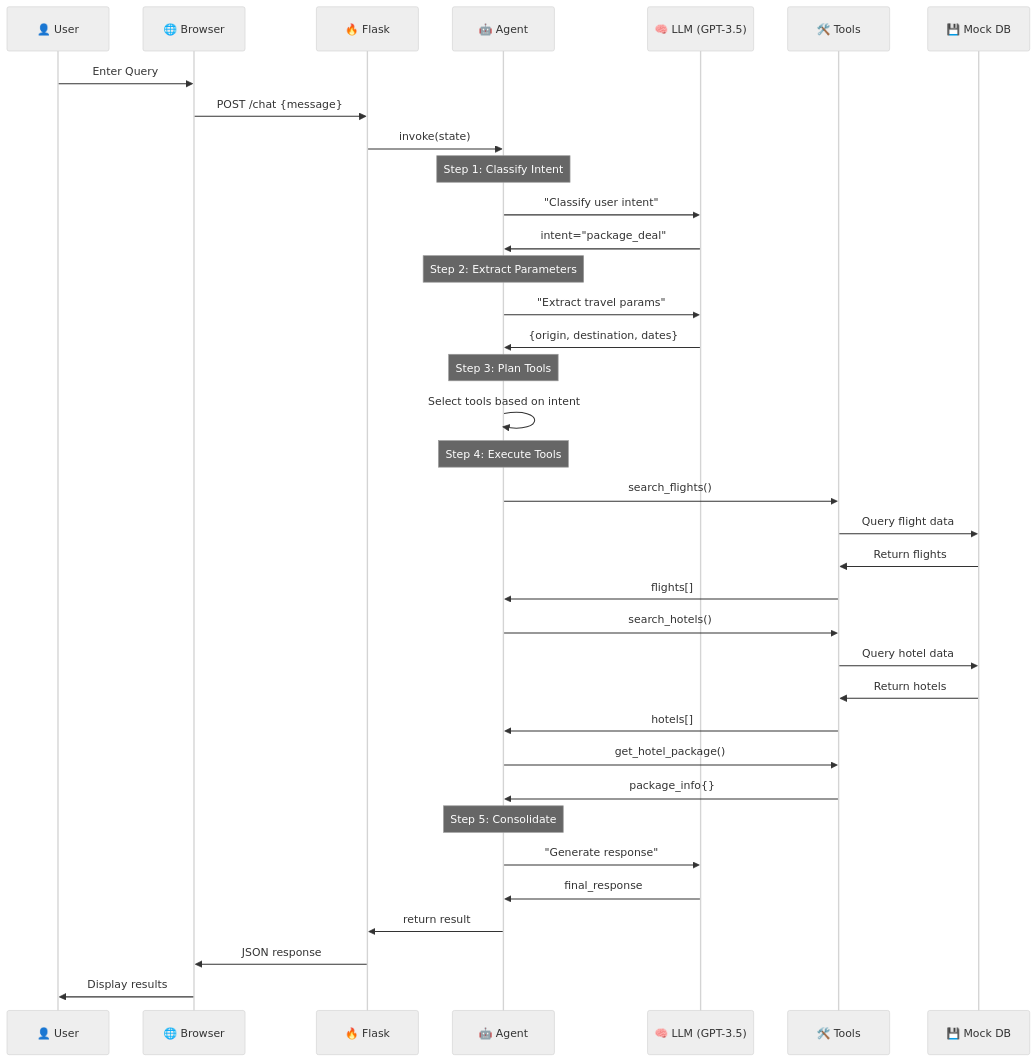
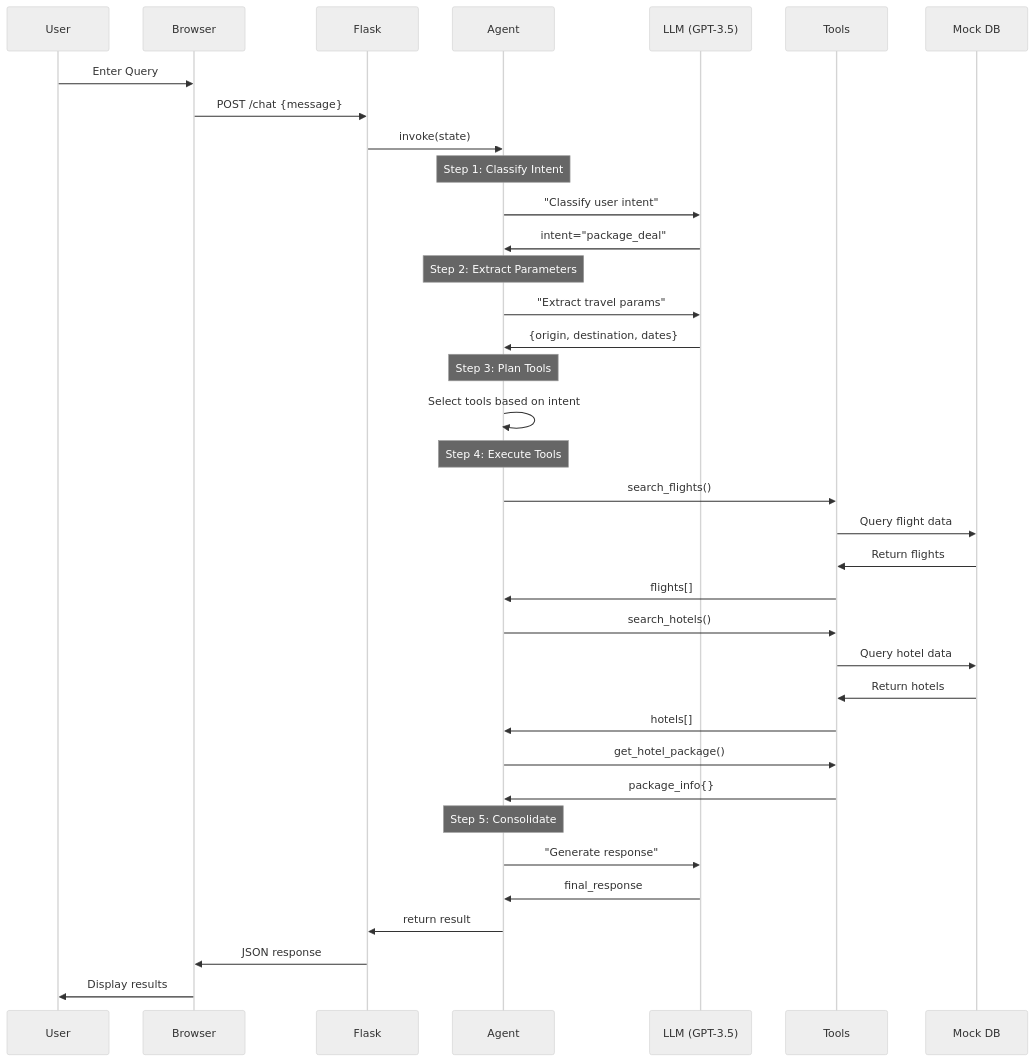
One commit to Rithanya918/Travel-Agent- changed the second of 7 diagrams in README.md. Above: the diagram before and after it, drawn with Mermaid (neutral theme). The commit also changed other lines of this file, not shown here.

````diff
--- a/README.md
+++ b/README.md
@@ -47,47 +47,47 @@
 ```mermaid
 sequenceDiagram
-    participant U as 👤 User
-    participant B as 🌐 Browser
-    participant F as 🔥 Flask
-    participant A as 🤖 Agent
-    participant L as 🧠 LLM (GPT-3.5)
-    participant T as 🛠️ Tools
-    participant D as 💾 Mock DB
+    participant U as  User
+    participant B as  Browser
+    participant F as  Flask
+    participant A as  Agent
+    participant L as  LLM (GPT-3.5)
+    participant T as  Tools
+    participant D as  Mock DB
 
     U->>B: Enter Query
     B->>F: POST /chat {message}
     F->>A: invoke(state)
     
     Note over A: Step 1: Classify Intent
     A->>L: "Classify user intent"
     L->>A: intent="package_deal"
     
     Note over A: Step 2: Extract Parameters
     A->>L: "Extract travel params"
     L->>A: {origin, destination, dates}
     
     Note over A: Step 3: Plan Tools
     A->>A: Select tools based on intent
     
     Note over A: Step 4: Execute Tools
     A->>T: search_flights()
     T->>D: Query flight data
     D->>T: Return flights
     T->>A: flights[]
     
     A->>T: search_hotels()
     T->>D: Query hotel data
     D->>T: Return hotels
     T->>A: hotels[]
     
     A->>T: get_hotel_package()
     T->>A: package_info{}
     
     Note over A: Step 5: Consolidate
     A->>L: "Generate response"
     L->>A: final_response
     
     A->>F: return result
     F->>B: JSON response
     B->>U: Display results
 ```
````
